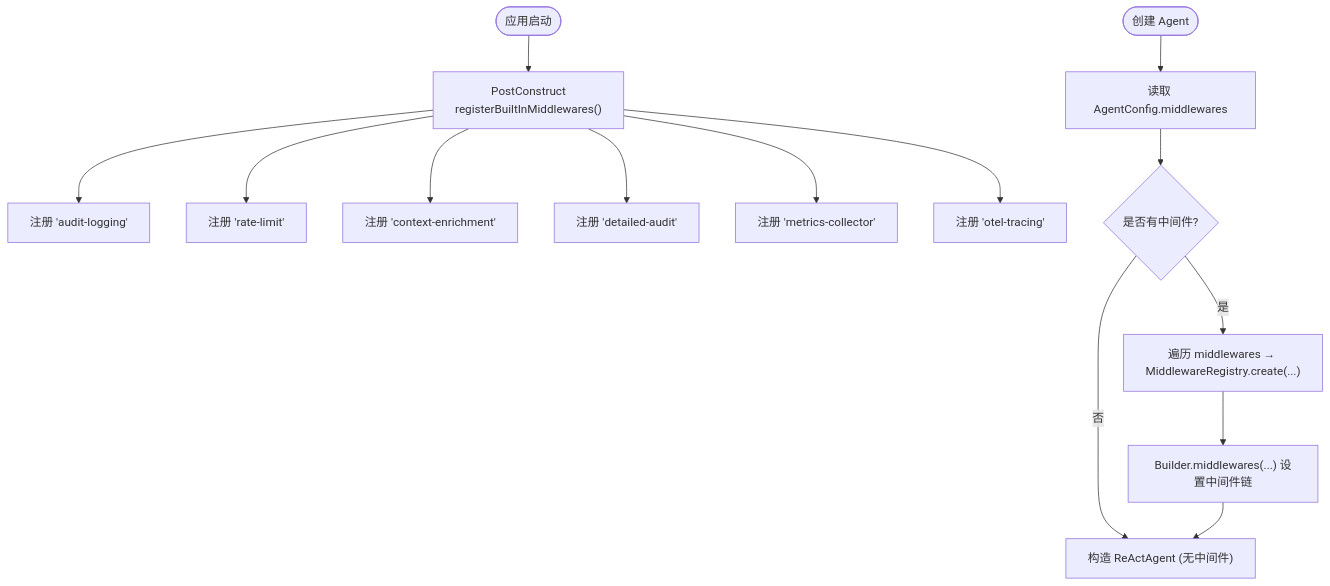
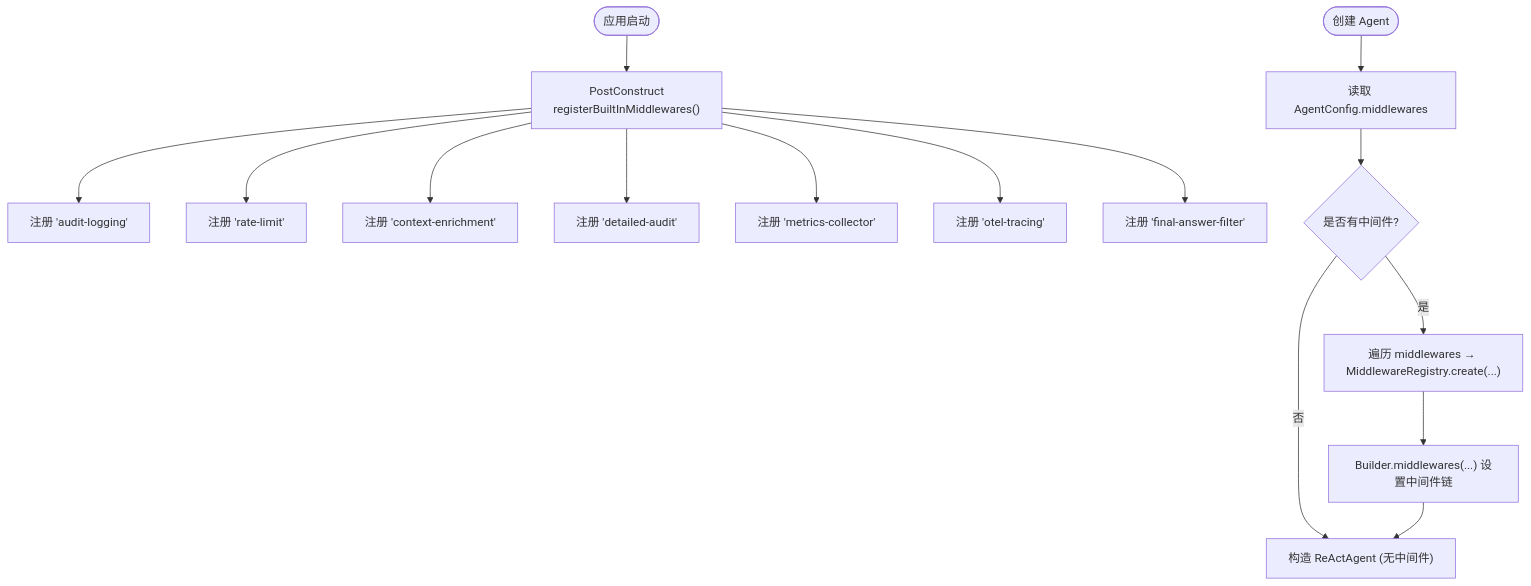
The third of 5 diagrams in .qoder/repowiki/zh/content/项目概览/核心特性介绍/企业级特性/中间件架构.md (tinyhu/agentscope-demo), drawn with Mermaid before and after one commit. The commit also changed other lines of this file and 111 other files, not shown here.

````diff
--- a/.qoder/repowiki/zh/content/项目概览/核心特性介绍/企业级特性/中间件架构.md
+++ b/.qoder/repowiki/zh/content/项目概览/核心特性介绍/企业级特性/中间件架构.md
@@ -109,16 +123,17 @@
 ```mermaid
 flowchart TD
-  Start(["应用启动"]) --> PostC["PostConstruct<br/>registerBuiltInMiddlewares()"]
-  PostC --> RegA["注册 'audit-logging'"]
-  PostC --> RegB["注册 'rate-limit'"]
-  PostC --> RegC["注册 'context-enrichment'"]
-  PostC --> RegD["注册 'detailed-audit'"]
-  PostC --> RegE["注册 'metrics-collector'"]
-  PostC --> RegF["注册 'otel-tracing'"]
-  Start2(["创建 Agent"]) --> ReadCfg["读取 AgentConfig.middlewares"]
-  ReadCfg --> Loop{"是否有中间件?"}
-  Loop -- "否" --> BuildAgent["构造 ReActAgent (无中间件)"]
-  Loop -- "是" --> ForEach["遍历 middlewares → MiddlewareRegistry.create(...)"]
-  ForEach --> AddMw["Builder.middlewares(...) 设置中间件链"]
-  AddMw --> BuildAgent
+Start(["应用启动"]) --> PostC["PostConstruct<br/>registerBuiltInMiddlewares()"]
+PostC --> RegA["注册 'audit-logging'"]
+PostC --> RegB["注册 'rate-limit'"]
+PostC --> RegC["注册 'context-enrichment'"]
+PostC --> RegD["注册 'detailed-audit'"]
+PostC --> RegE["注册 'metrics-collector'"]
+PostC --> RegF["注册 'otel-tracing'"]
+PostC --> RegG["注册 'final-answer-filter'"]
+Start2(["创建 Agent"]) --> ReadCfg["读取 AgentConfig.middlewares"]
+ReadCfg --> Loop{"是否有中间件?"}
+Loop -- "否" --> BuildAgent["构造 ReActAgent (无中间件)"]
+Loop -- "是" --> ForEach["遍历 middlewares → MiddlewareRegistry.create(...)"]
+ForEach --> AddMw["Builder.middlewares(...) 设置中间件链"]
+AddMw --> BuildAgent
 ```
````
